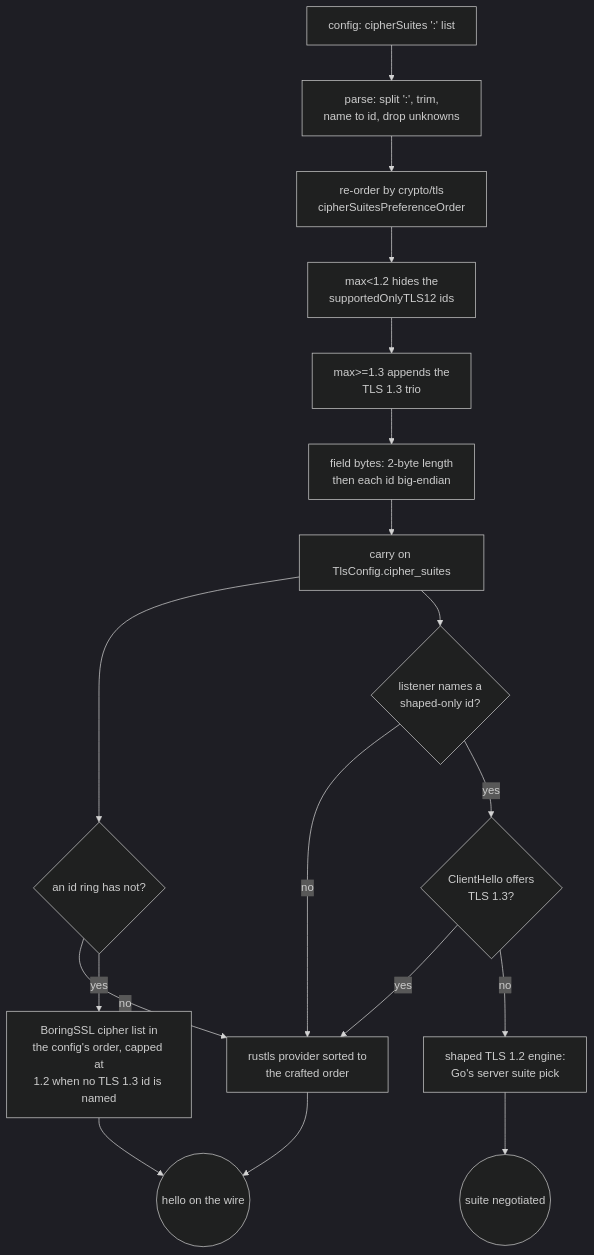
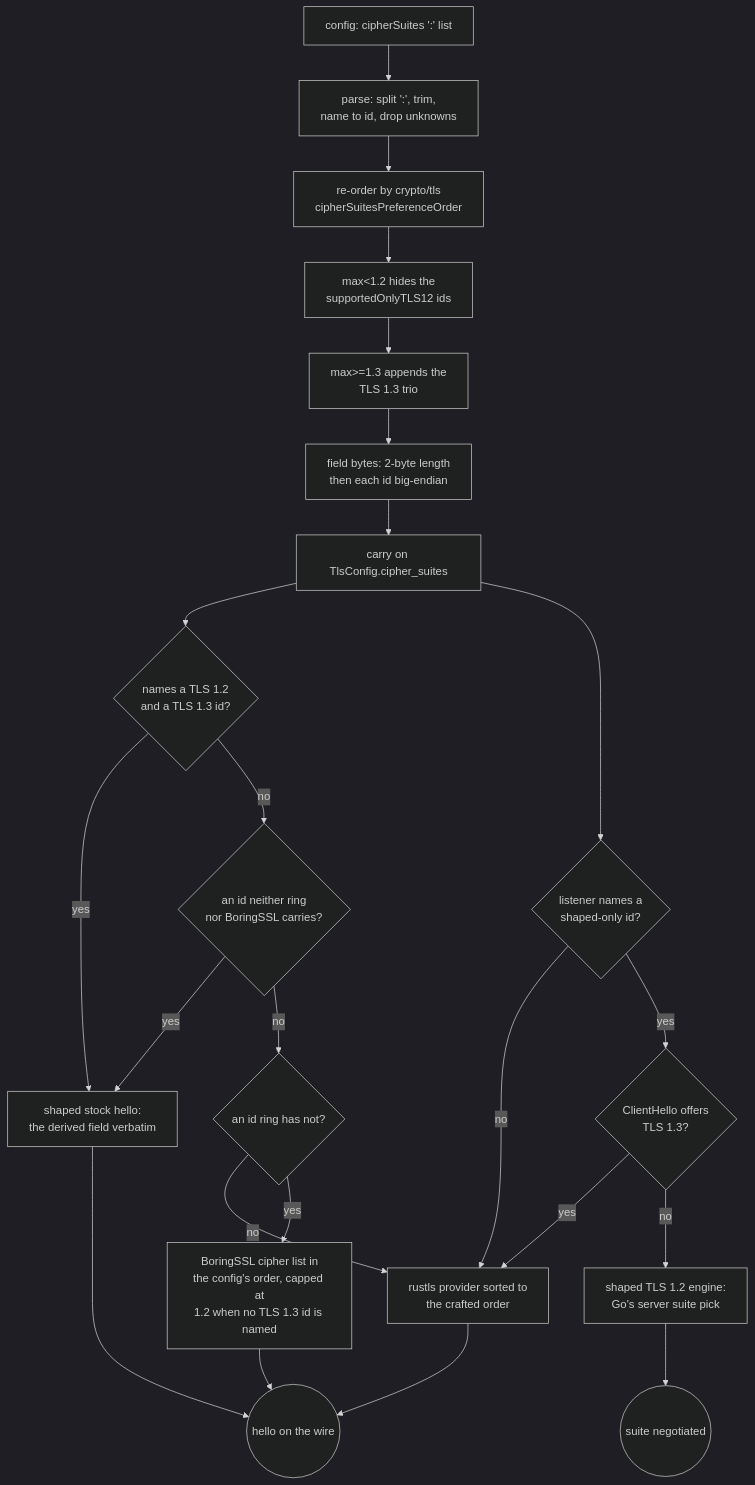
One commit to Ferrocite/ferrox changed the diagram in docs/function/tls-cipher-suites.md. Above: the diagram before and after it, drawn with Mermaid (dark theme). The commit also changed other lines of this file and 5 other files, not shown here.

````diff
--- a/docs/function/tls-cipher-suites.md
+++ b/docs/function/tls-cipher-suites.md
@@ -9,20 +9,25 @@
 ```mermaid
 graph TD
     C["config: cipherSuites ':' list"] --> P["parse: split ':', trim,<br/>name to id, drop unknowns"]
     P --> R["re-order by crypto/tls<br/>cipherSuitesPreferenceOrder"]
     R --> V["max<1.2 hides the<br/>supportedOnlyTLS12 ids"]
     V --> T["max>=1.3 appends the<br/>TLS 1.3 trio"]
     T --> F["field bytes: 2-byte length<br/>then each id big-endian"]
     F --> E["carry on TlsConfig.cipher_suites"]
-    E --> S{"an id ring has not?"}
+    E --> M{"names a TLS 1.2<br/>and a TLS 1.3 id?"}
+    M -->|yes| G["shaped stock hello:<br/>the derived field verbatim"]
+    M -->|no| K{"an id neither ring<br/>nor BoringSSL carries?"}
+    K -->|yes| G
+    K -->|no| S{"an id ring has not?"}
     S -->|no| B["rustls provider sorted to<br/>the crafted order"]
     S -->|yes| L["BoringSSL cipher list in<br/>the config's order, capped at<br/>1.2 when no TLS 1.3 id is named"]
+    G --> W
     E --> X{"listener names a<br/>shaped-only id?"}
     X -->|no| B
     X -->|yes| Y{"ClientHello offers<br/>TLS 1.3?"}
     Y -->|yes| B
     Y -->|no| H["shaped TLS 1.2 engine:<br/>Go's server suite pick"]
     B --> W(("hello on the wire"))
     L --> W
     H --> N(("suite negotiated"))
 ```
````
